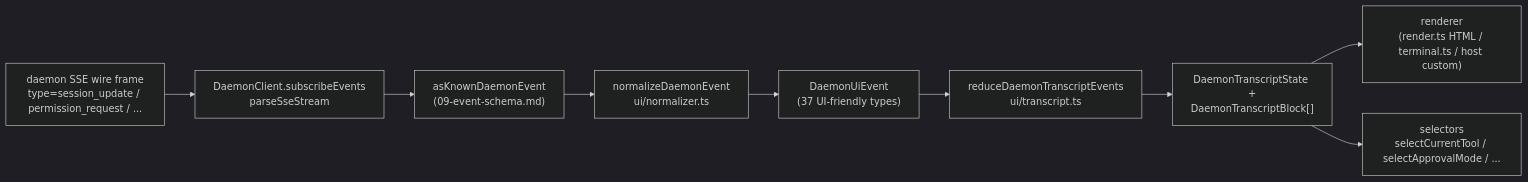
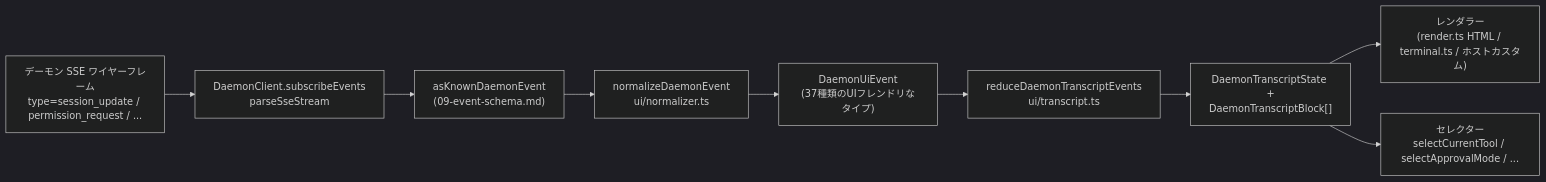
Before and after one commit to QwenLM/qwen-code-docs: the diagram in website/content/ja/developers/daemon/14-cli-tui-adapter.md, drawn with Mermaid (dark theme). The commit also changed other lines of this file and 162 other files, not shown here.

````diff
--- a/website/content/ja/developers/daemon/14-cli-tui-adapter.md
+++ b/website/content/ja/developers/daemon/14-cli-tui-adapter.md
@@ -116,12 +114,12 @@
 ```mermaid
 flowchart LR
-    A["daemon SSE wire frame<br/>type=session_update / permission_request / ..."]
+    A["デーモン SSE ワイヤーフレーム<br/>type=session_update / permission_request / ..."]
     A --> B["DaemonClient.subscribeEvents<br/>parseSseStream"]
     B --> C["asKnownDaemonEvent<br/>(09-event-schema.md)"]
     C --> D["normalizeDaemonEvent<br/>ui/normalizer.ts"]
-    D --> E["DaemonUiEvent<br/>(37 UI-friendly types)"]
+    D --> E["DaemonUiEvent<br/>(37種類のUIフレンドリなタイプ)"]
     E --> F["reduceDaemonTranscriptEvents<br/>ui/transcript.ts"]
     F --> G["DaemonTranscriptState +<br/>DaemonTranscriptBlock[]"]
-    G --> H["renderer<br/>(render.ts HTML / terminal.ts / host custom)"]
-    G --> I["selectors<br/>selectCurrentTool / selectApprovalMode / ..."]
+    G --> H["レンダラー<br/>(render.ts HTML / terminal.ts / ホストカスタム)"]
+    G --> I["セレクター<br/>selectCurrentTool / selectApprovalMode / ..."]
 ```
````
